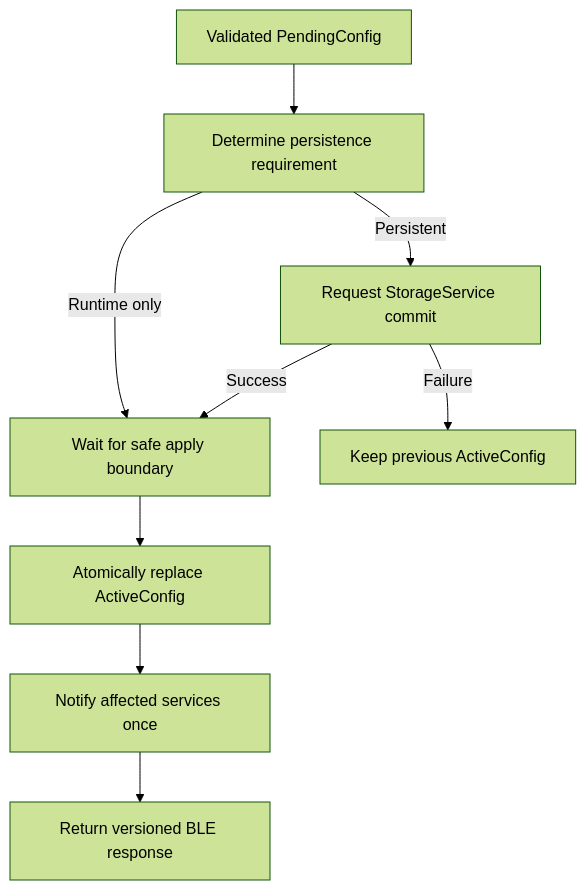
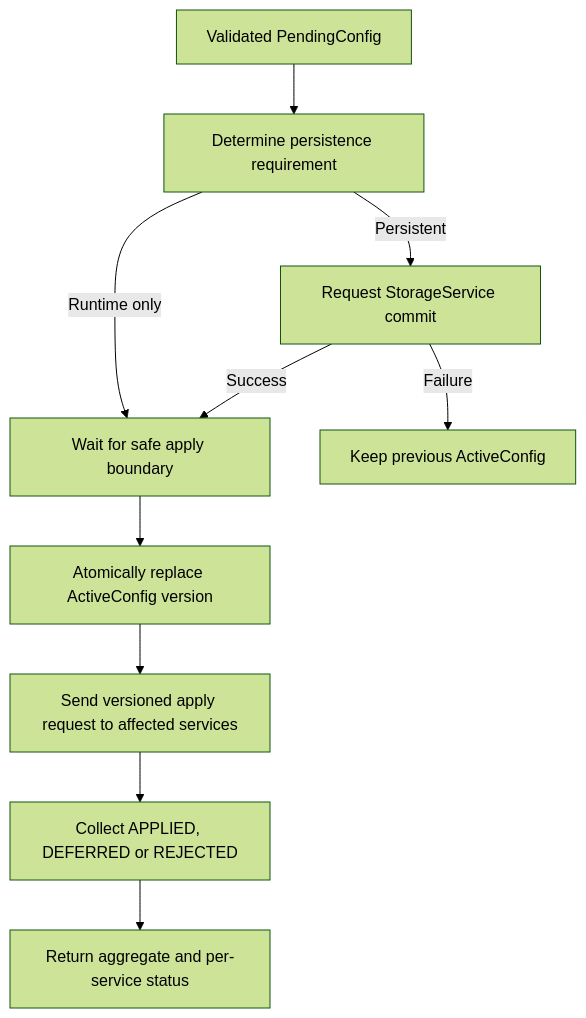
Diagram 20 of 23 in 1.docs/00_overview/04_main_operation_flow.md (whoisLePhuc/smart-water-flow-pressure-monitor), drawn with Mermaid (forest theme) before and after one commit. The commit also changed other lines of this file and 11 other files, not shown here.

````diff
--- a/1.docs/00_overview/04_main_operation_flow.md
+++ b/1.docs/00_overview/04_main_operation_flow.md
@@ -1008,11 +1034,12 @@
 ```mermaid
 flowchart TD
     PENDING["Validated PendingConfig"] --> NEED["Determine persistence requirement"]
     NEED -->|"Persistent"| COMMIT["Request StorageService commit"]
     NEED -->|"Runtime only"| BOUNDARY["Wait for safe apply boundary"]
     COMMIT -->|"Success"| BOUNDARY
     COMMIT -->|"Failure"| REJECT["Keep previous ActiveConfig"]
-    BOUNDARY --> APPLY["Atomically replace ActiveConfig"]
-    APPLY --> NOTIFY["Notify affected services once"]
-    NOTIFY --> RESPONSE["Return versioned BLE response"]
+    BOUNDARY --> ACTIVE["Atomically replace ActiveConfig version"]
+    ACTIVE --> NOTIFY["Send versioned apply request to affected services"]
+    NOTIFY --> COLLECT["Collect APPLIED, DEFERRED or REJECTED"]
+    COLLECT --> RESPONSE["Return aggregate and per-service status"]
 ```
````
